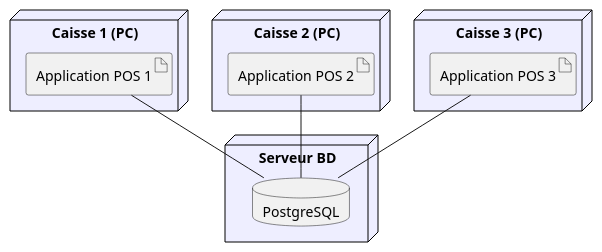
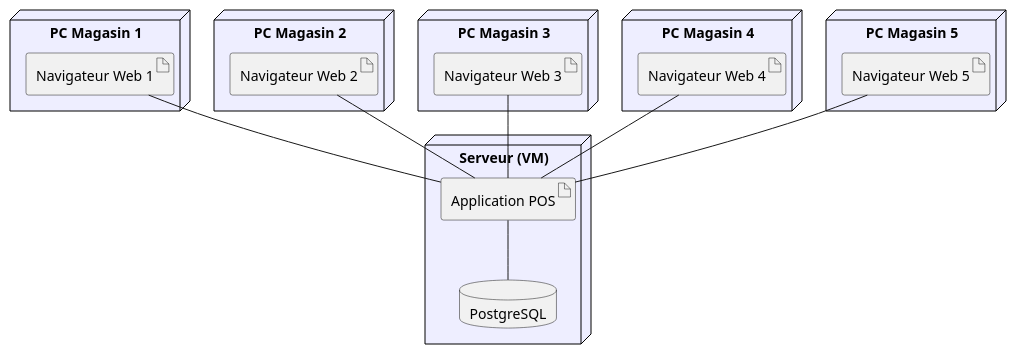
The diagram in docs/UML/VueDeploiement.puml (Jonathan-Lorfils/LOG430-Lab), drawn with PlantUML before and after one commit. The commit also changed 9 other files, not shown here.

```diff
--- a/docs/UML/VueDeploiement.puml
+++ b/docs/UML/VueDeploiement.puml
@@ -1,29 +1,40 @@
 @startuml VueDeploiement
 skinparam componentStyle rectangle
 skinparam node {
     BackgroundColor #EEF
     BorderColor Black
 }
 
-node "Caisse 1 (PC)" {
-    artifact "Application POS 1"
+node "PC Magasin 1" {
+    artifact "Navigateur Web 1"
 }
 
-node "Caisse 2 (PC)" {
-    artifact "Application POS 2"
+node "PC Magasin 2" {
+    artifact "Navigateur Web 2"
 }
 
-node "Caisse 3 (PC)" {
-    artifact "Application POS 3"
+node "PC Magasin 3" {
+    artifact "Navigateur Web 3"
 }
 
-node "Serveur BD" {
-    database "PostgreSQL"
+node "PC Magasin 4" {
+    artifact "Navigateur Web 4"
 }
 
-' Connexions entre les artefacts et la base de données
-"Application POS 1" -- "PostgreSQL"
-"Application POS 2" -- "PostgreSQL"
-"Application POS 3" -- "PostgreSQL"
+node "PC Magasin 5" {
+    artifact "Navigateur Web 5"
+}
+
+node "Serveur (VM)" {
+    artifact "Application POS"
+    database "PostgreSQL"
+} 
+
+"Navigateur Web 1" -- "Application POS"
+"Navigateur Web 2" -- "Application POS"
+"Navigateur Web 3" -- "Application POS"
+"Navigateur Web 4" -- "Application POS"
+"Navigateur Web 5" -- "Application POS"
+"Application POS" -- "PostgreSQL"
 
 @enduml
```
